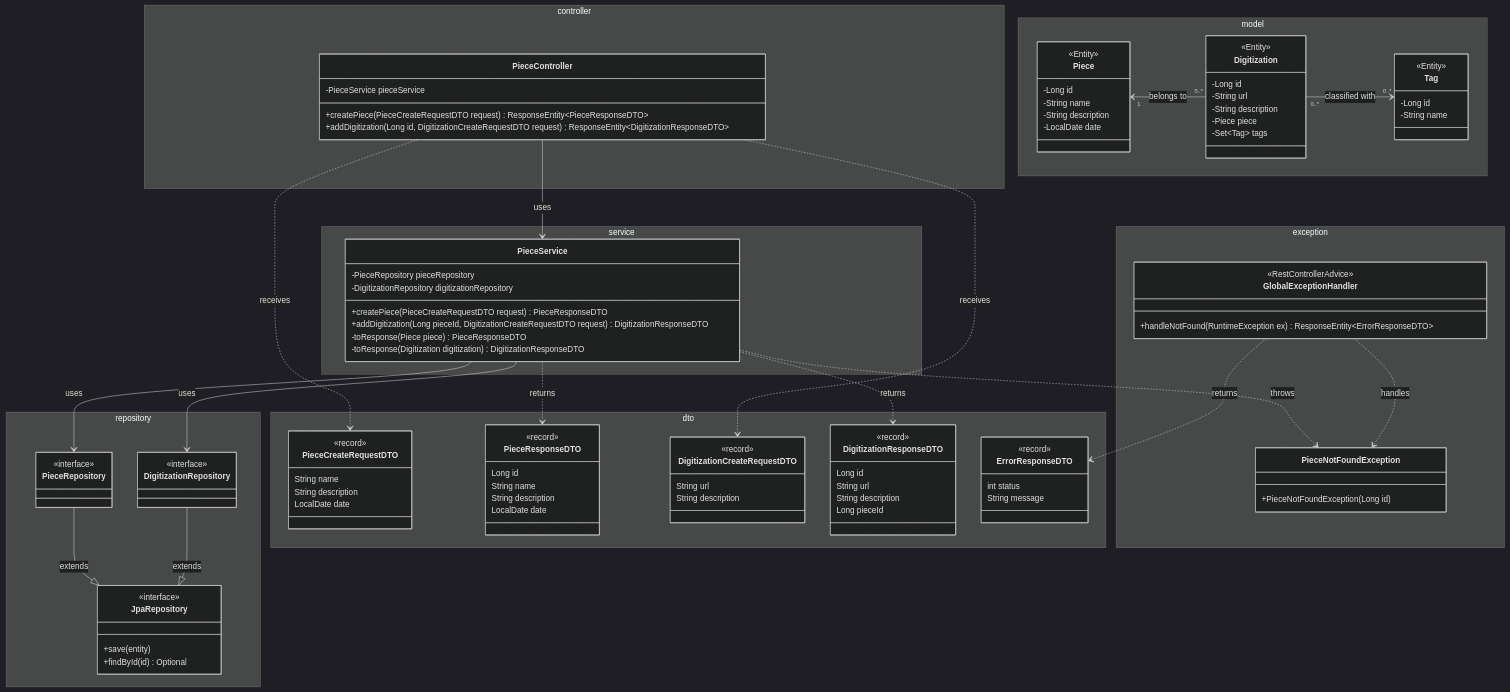
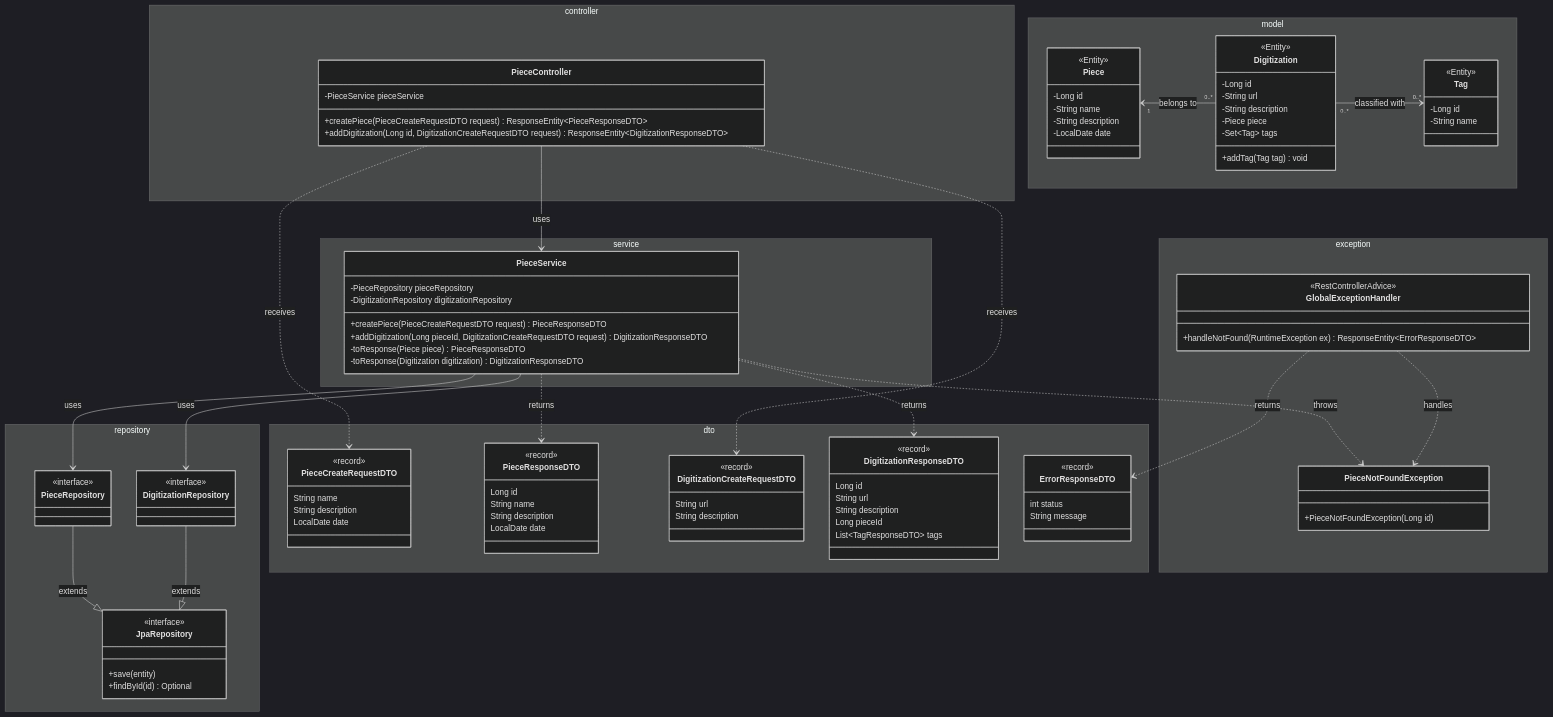
The diagram in docs/diagrams/class-diagram.md (rociorusconi/archivo-digital-bardales-precopio-rusconi), drawn with Mermaid (dark theme) before and after one commit. The commit also changed other lines of this file and 3 other files, not shown here.

```diff
--- a/docs/diagrams/class-diagram.md
+++ b/docs/diagrams/class-diagram.md
@@ -55,6 +55,7 @@
             -String description
             -Piece piece
             -Set~Tag~ tags
+            +addTag(Tag tag) void
         }
         class Tag {
             <<Entity>>
@@ -88,6 +89,7 @@
             String url
             String description
             Long pieceId
+            List~TagResponseDTO~ tags
         }
         class ErrorResponseDTO {
             <<record>>
```
